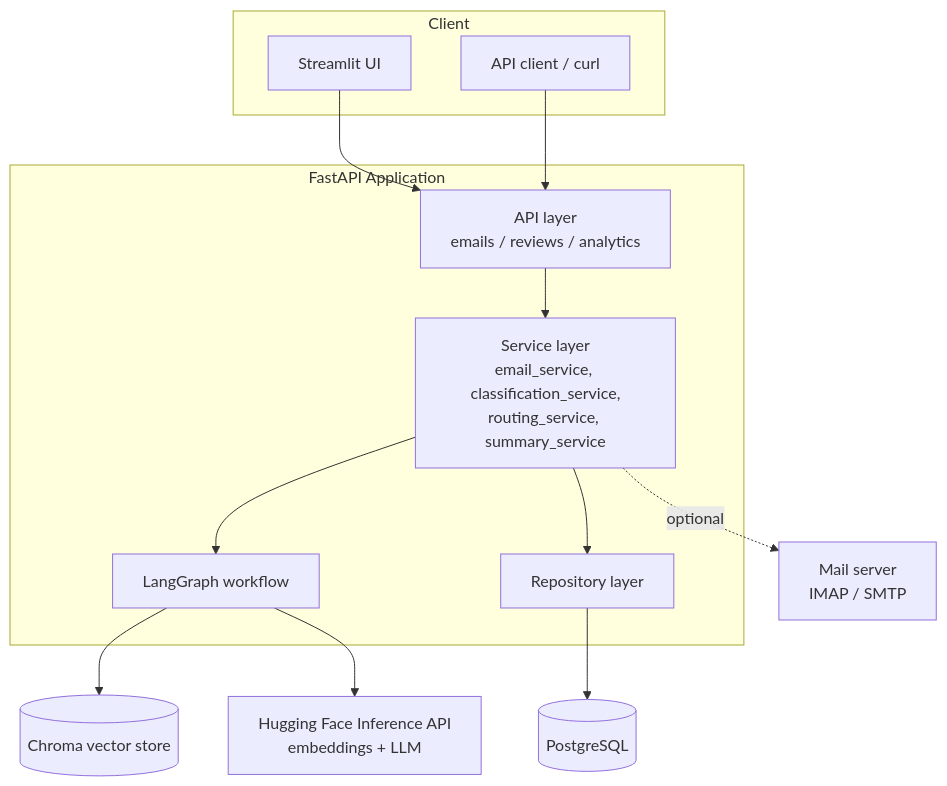
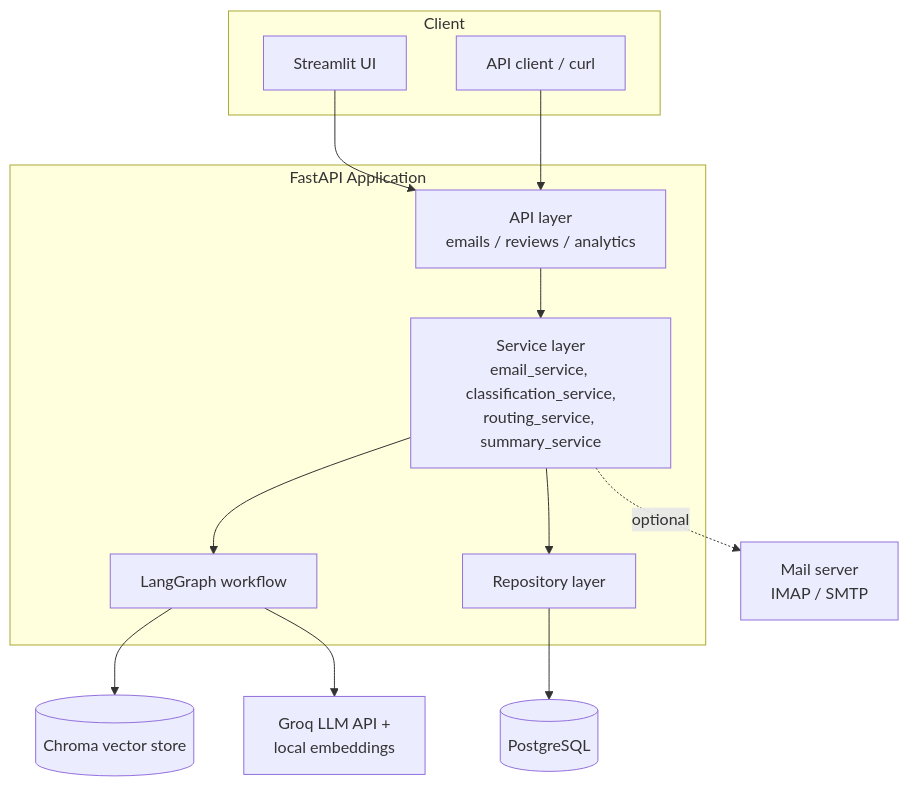
Before and after one commit to Shivam091105/Email-Router: the first of 5 diagrams in README.md, drawn with Mermaid. The commit also changed other lines of this file and 11 other files, not shown here.

````diff
--- a/README.md
+++ b/README.md
@@ -54,29 +54,29 @@
 ```mermaid
 flowchart TB
     subgraph Client
         UI[Streamlit UI]
         API_CLIENT[API client / curl]
     end
 
     subgraph FastAPI Application
         ROUTES[API layer<br/>emails / reviews / analytics]
         SERVICES[Service layer<br/>email_service, classification_service,<br/>routing_service, summary_service]
         GRAPH[LangGraph workflow]
         REPO[Repository layer]
     end
 
     DB[(PostgreSQL)]
     CHROMA[(Chroma vector store)]
-    HF[Hugging Face Inference API<br/>embeddings + LLM]
+    HF[Groq LLM API +<br/>local embeddings]
     MAIL[Mail server<br/>IMAP / SMTP]
 
     UI --> ROUTES
     API_CLIENT --> ROUTES
     ROUTES --> SERVICES
     SERVICES --> GRAPH
     GRAPH --> CHROMA
     GRAPH --> HF
     SERVICES --> REPO
     REPO --> DB
     SERVICES -.optional.-> MAIL
 ```
````
